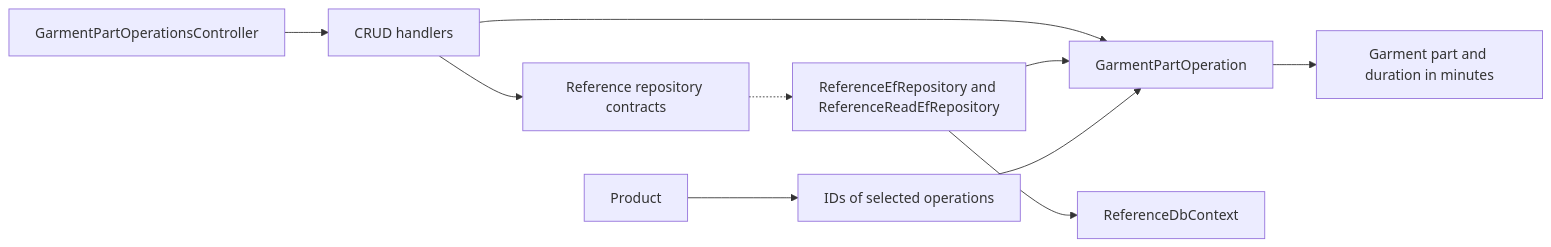
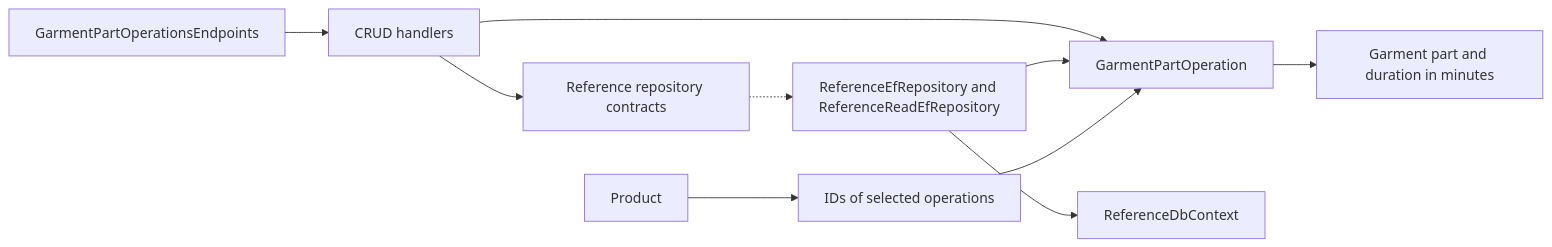
The diagram in docs/sdd/features/reference/garment-part-operations.md (Weretik/BreviERP), drawn with Mermaid before and after one commit. The commit also changed other lines of this file and 299 other files, not shown here.

````diff
--- a/docs/sdd/features/reference/garment-part-operations.md
+++ b/docs/sdd/features/reference/garment-part-operations.md
@@ -34,12 +34,12 @@
 ```mermaid
 flowchart LR
-    A["GarmentPartOperationsController"] --> B["CRUD handlers"]
+    A["GarmentPartOperationsEndpoints"] --> B["CRUD handlers"]
     B --> C["GarmentPartOperation"]
     B --> D["Reference repository contracts"]
     D -.-> E["ReferenceEfRepository and ReferenceReadEfRepository"]
     E --> F["ReferenceDbContext"]
     E --> C
     C --> G["Garment part and duration in minutes"]
     H["Product"] --> I["IDs of selected operations"]
     I --> C
 ```
````
